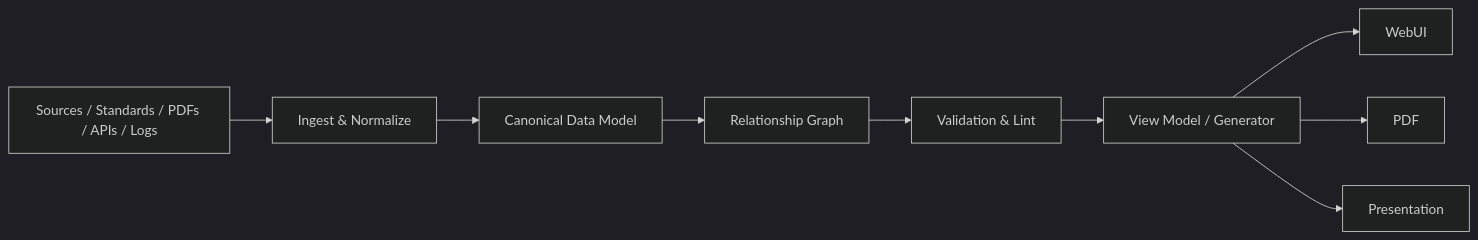
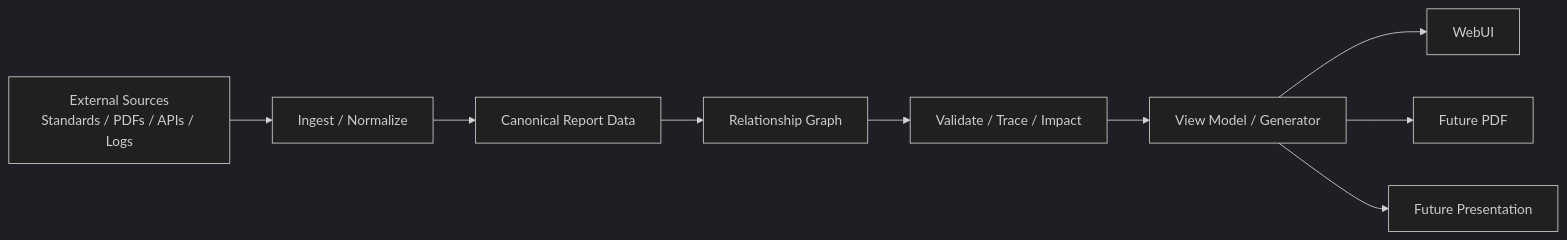
The first of 4 diagrams in README.md (Tunglam0605/Engineering-Report-Stack), drawn with Mermaid (dark theme) before and after one commit. The commit also changed other lines of this file, not shown here.

````diff
--- a/README.md
+++ b/README.md
@@ -19,11 +48,11 @@
-```mermaid
+~~~mermaid
 flowchart LR
-  S[Sources / Standards / PDFs / APIs / Logs] --> I[Ingest & Normalize]
-  I --> C[Canonical Data Model]
-  C --> G[Relationship Graph]
-  G --> V[Validation & Lint]
-  V --> M[View Model / Generator]
-  M --> W[WebUI]
-  M --> P[PDF]
-  M --> D[Presentation]
-```
+  A[External Sources<br/>Standards / PDFs / APIs / Logs] --> B[Ingest / Normalize]
+  B --> C[Canonical Report Data]
+  C --> D[Relationship Graph]
+  D --> E[Validate / Trace / Impact]
+  E --> F[View Model / Generator]
+  F --> G[WebUI]
+  F --> H[Future PDF]
+  F --> I[Future Presentation]
+~~~
````
